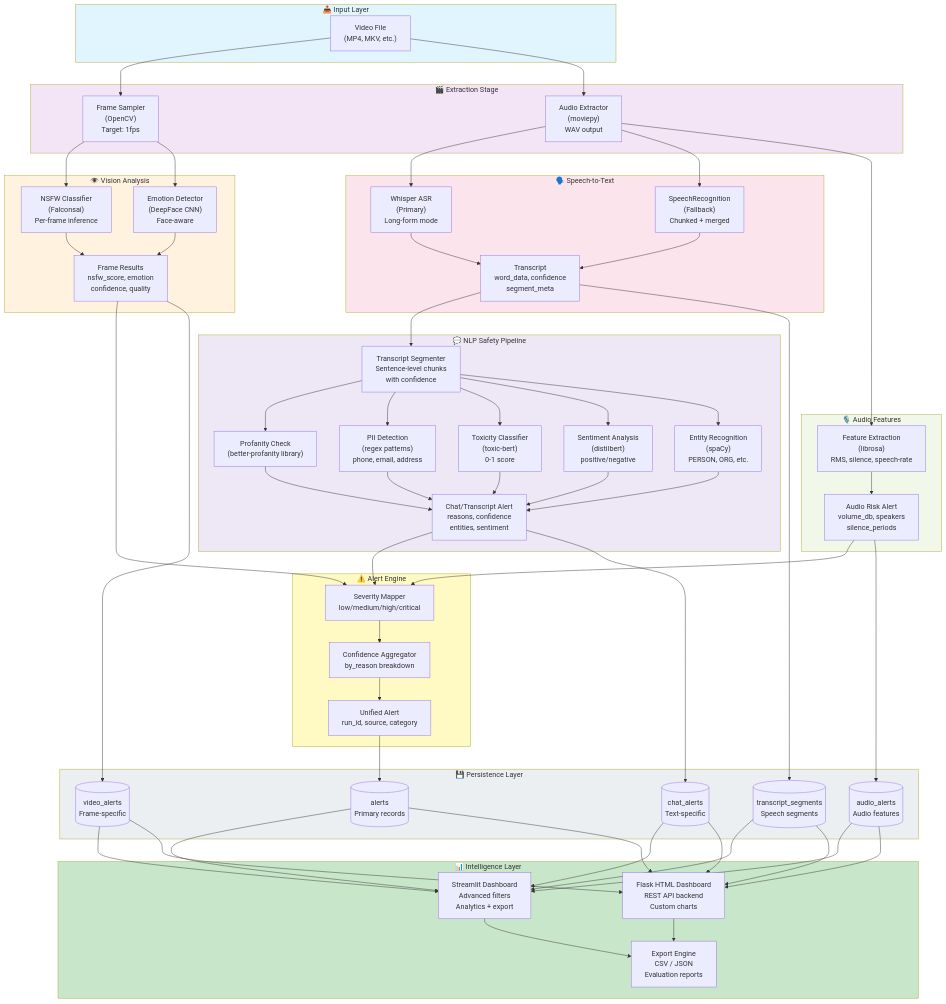
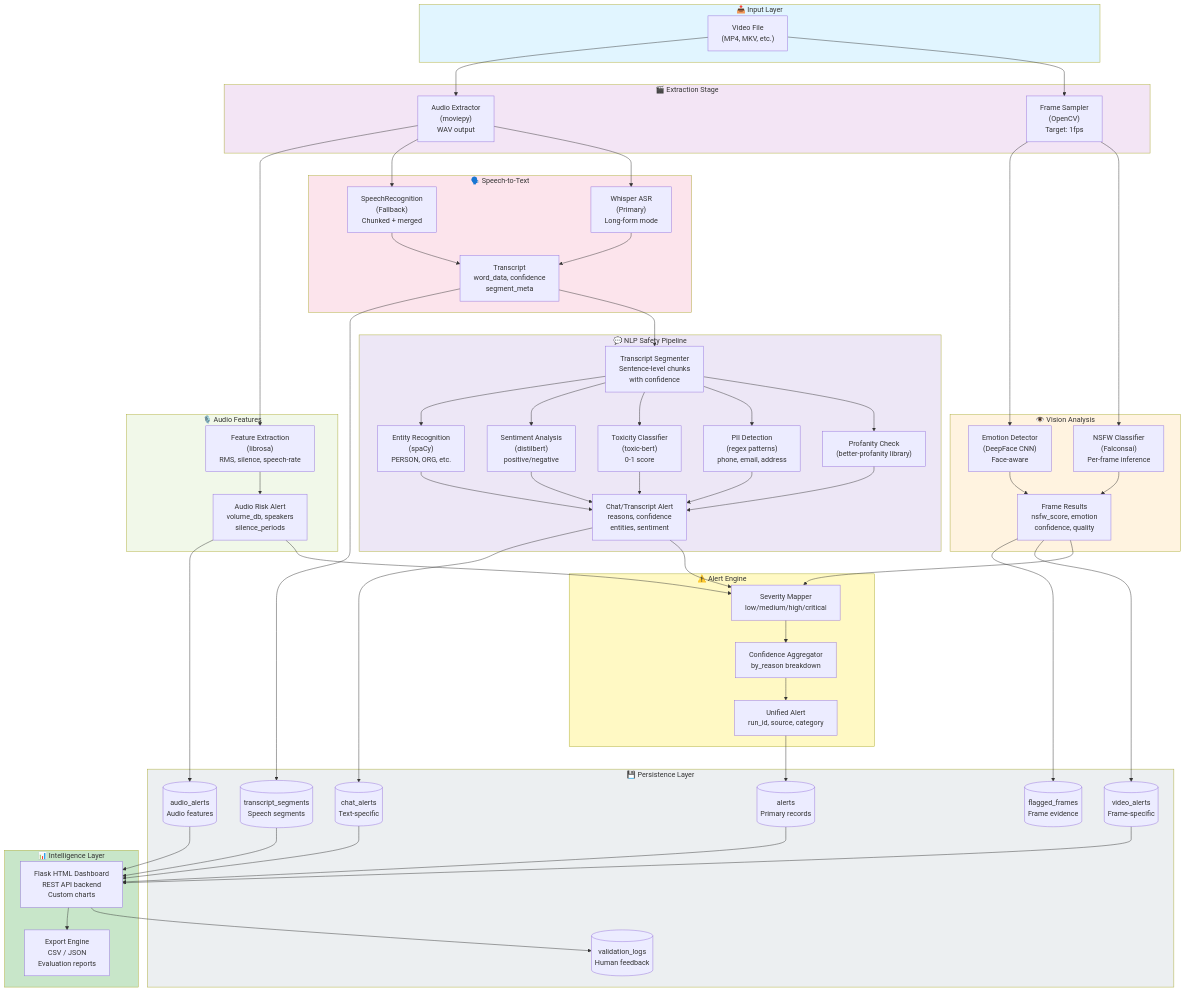
The diagram in README.md (umangjzx/Melodywings), drawn with Mermaid before and after one commit. The commit also changed other lines of this file and 10 other files, not shown here.

```diff
--- a/README.md
+++ b/README.md
@@ -80,10 +81,11 @@
         VIDEO_TABLE[("video_alerts<br/>Frame-specific")]
         AUDIO_TABLE[("audio_alerts<br/>Audio features")]
         TRANSCRIPT_TABLE[("transcript_segments<br/>Speech segments")]
+        FLAGGED_FRAMES[("flagged_frames<br/>Frame evidence")]
+        VALIDATION_LOGS[("validation_logs<br/>Human feedback")]
     end
 
     subgraph Dashboard["📊 Intelligence Layer"]
-        STREAMLIT["Streamlit Dashboard<br/>Advanced filters<br/>Analytics + export"]
         FLASK["Flask HTML Dashboard<br/>REST API backend<br/>Custom charts"]
         EXPORT["Export Engine<br/>CSV / JSON<br/>Evaluation reports"]
     end
@@ -126,23 +128,17 @@
 
     ALERT --> MAIN_ALERTS
     FRAME_RESULTS --> VIDEO_TABLE
+    FRAME_RESULTS --> FLAGGED_FRAMES
     CHAT_RESULTS --> CHAT_TABLE
     AUDIO_RESULTS --> AUDIO_TABLE
     TRANSCRIPT --> TRANSCRIPT_TABLE
-
-    MAIN_ALERTS --> STREAMLIT
-    CHAT_TABLE --> STREAMLIT
-    VIDEO_TABLE --> STREAMLIT
-    AUDIO_TABLE --> STREAMLIT
-    TRANSCRIPT_TABLE --> STREAMLIT
 
     MAIN_ALERTS --> FLASK
     CHAT_TABLE --> FLASK
     VIDEO_TABLE --> FLASK
     AUDIO_TABLE --> FLASK
     TRANSCRIPT_TABLE --> FLASK
-
-    STREAMLIT --> EXPORT
+    FLASK --> VALIDATION_LOGS
     FLASK --> EXPORT
 
     style Input fill:#e1f5ff
```
